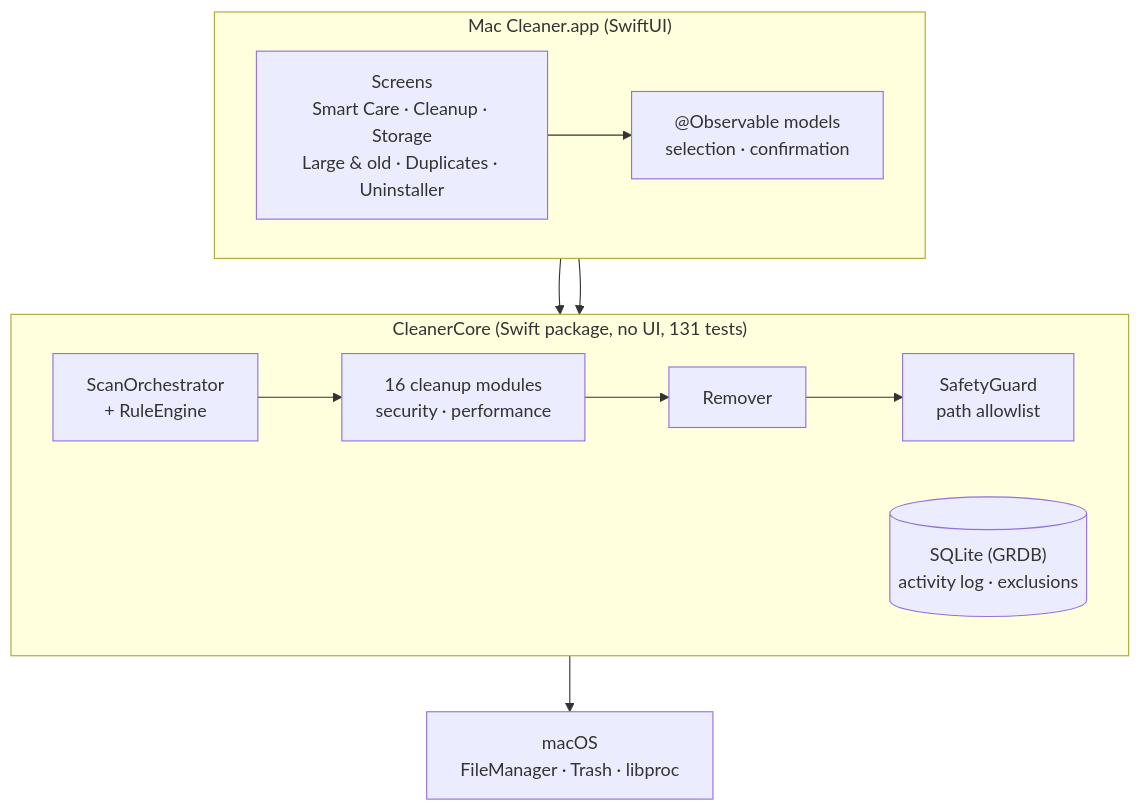
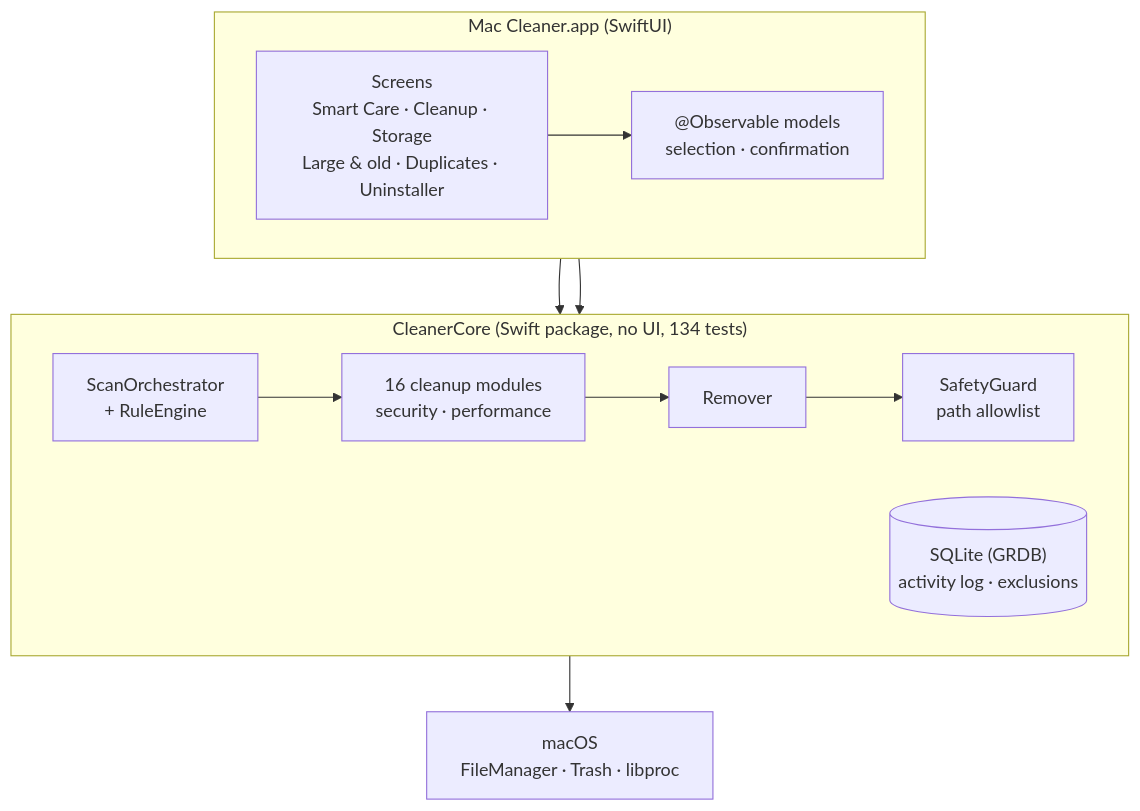
The second of 2 diagrams in README.md (ravishan123/MacCleanerX), drawn with Mermaid before and after one commit. The commit also changed other lines of this file and 14 other files, not shown here.

````diff
--- a/README.md
+++ b/README.md
@@ -95,16 +95,16 @@
 ```mermaid
 flowchart TB
     subgraph APP["Mac Cleaner.app (SwiftUI)"]
         direction LR
         UI["Screens<br/>Smart Care · Cleanup · Storage<br/>Large & old · Duplicates · Uninstaller"] --> VM["@Observable models<br/>selection · confirmation"]
     end
-    subgraph CORE["CleanerCore (Swift package, no UI, 131 tests)"]
+    subgraph CORE["CleanerCore (Swift package, no UI, 134 tests)"]
         direction LR
         ORC["ScanOrchestrator<br/>+ RuleEngine"] --> MODS["16 cleanup modules<br/>security · performance"]
         MODS --> RM["Remover"] --> SG["SafetyGuard<br/>path allowlist"]
         DB[("SQLite (GRDB)<br/>activity log · exclusions")]
     end
     VM --> ORC
     VM --> DB
     SG --> MAC["macOS<br/>FileManager · Trash · libproc"]
 ```
````
